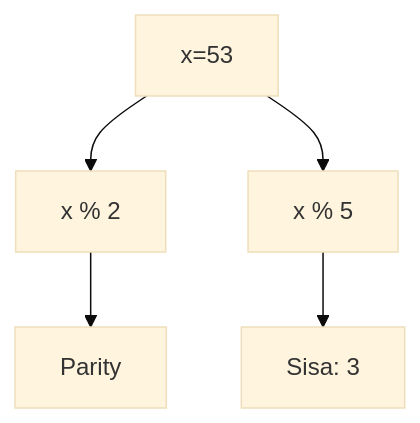
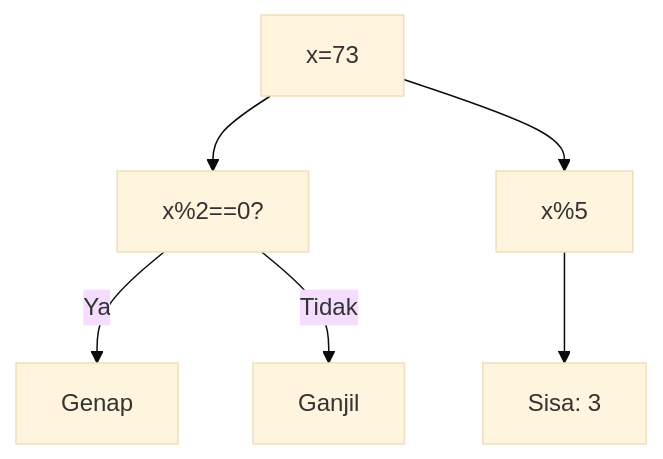
The fifth of 25 diagrams in part-c-pemahaman-cpp/04-fungsi/latihan/set-09.md (amnahwaida/OSNK_INF_PREP), drawn with Mermaid (base theme) before and after one commit. The commit also changed other lines of this file and 71 other files, not shown here.

Commit message:
Fixed Mermaid syntax lexical errors with quoted labels in 1,800 questions

````diff
--- a/part-c-pemahaman-cpp/04-fungsi/latihan/set-09.md
+++ b/part-c-pemahaman-cpp/04-fungsi/latihan/set-09.md
@@ -170,7 +151,8 @@
 ```mermaid
 graph TD
-A[x=53] --> B[x % 2]
-B --> C[Parity]
-A --> D[x % 5]
-D --> E[Sisa: 3]
+A["x=73"] --> B["x%2==0?"]
+B -- Ya --> C["Genap"]
+B -- Tidak --> D["Ganjil"]
+A --> E["x%5"]
+E --> F["Sisa: 3"]
 ```
````
